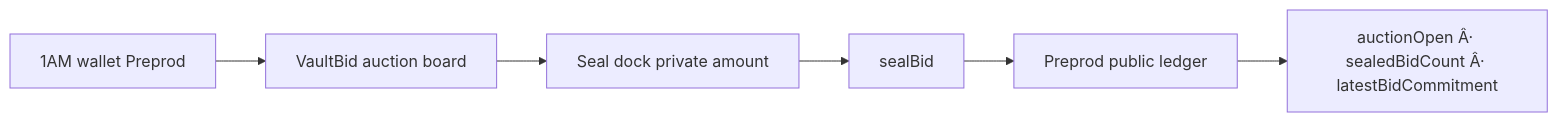
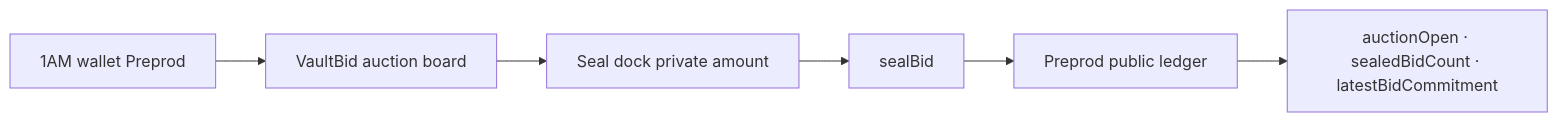
One commit to nikkunjtayal/seal-vault changed the diagram in README.md. Above: the diagram before and after it, drawn with Mermaid. The commit also changed other lines of this file and 3 other files, not shown here.

````diff
--- a/README.md
+++ b/README.md
@@ -32,13 +32,13 @@
 ```mermaid
 flowchart LR
   Wallet[1AM wallet Preprod]
   Board[VaultBid auction board]
   Dock[Seal dock private amount]
   Circuit[sealBid]
   Ledger[Preprod public ledger]
   Wallet --> Board
   Board --> Dock
   Dock --> Circuit
   Circuit --> Ledger
-  Ledger --> Public["auctionOpen Â· sealedBidCount Â· latestBidCommitment"]
+  Ledger --> Public["auctionOpen · sealedBidCount · latestBidCommitment"]
 ```
````
